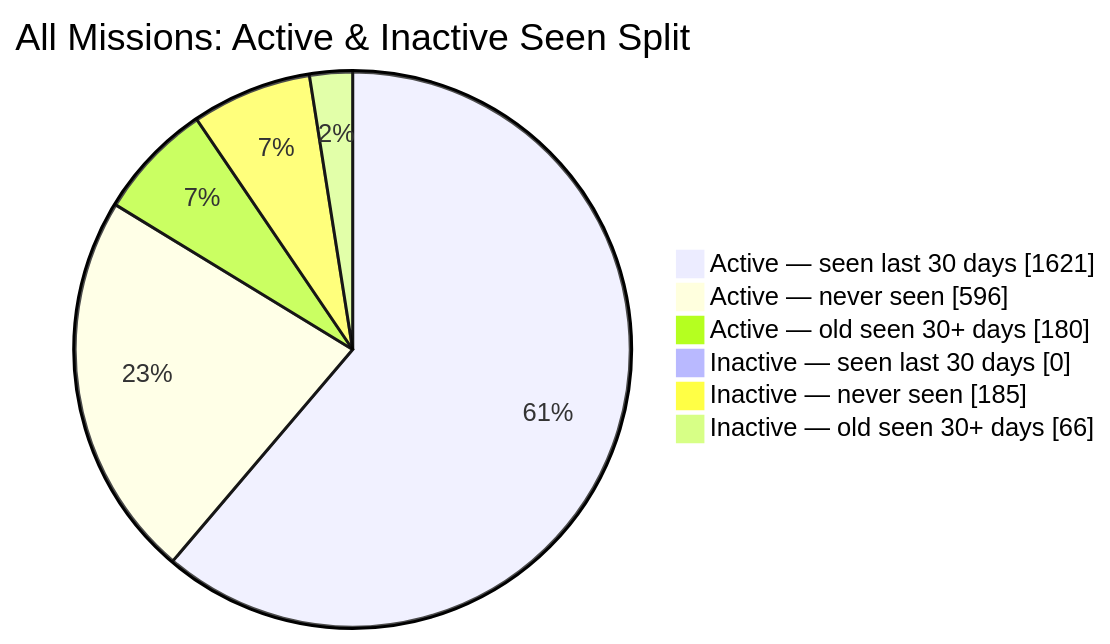
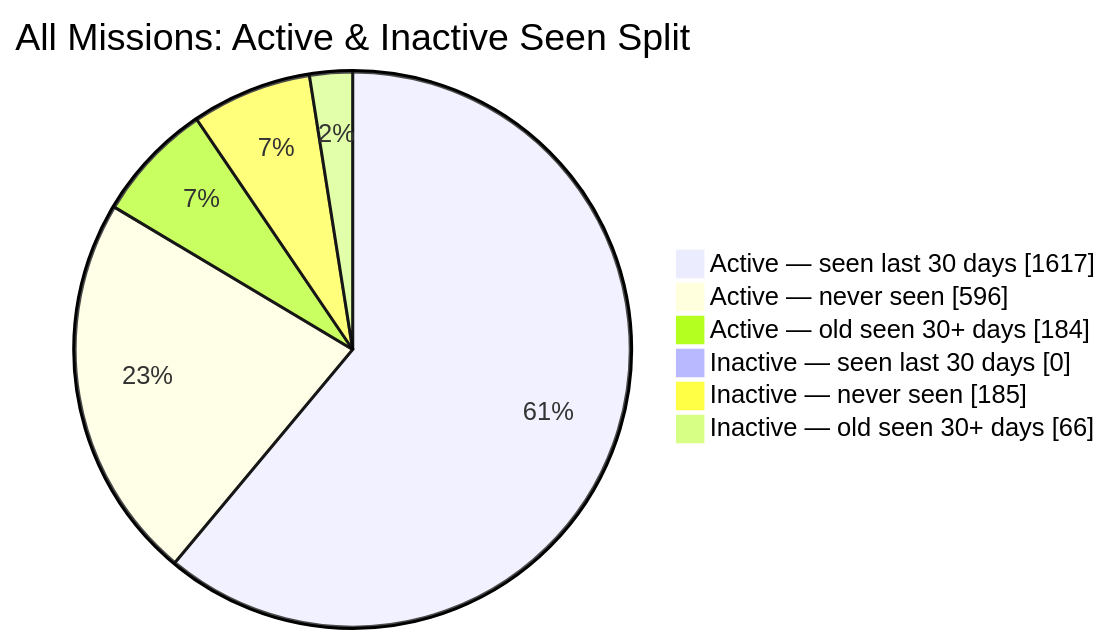
One commit to MeldkamerspelGameTeam/active-missions changed the second of 2 diagrams in README.md. Above: the diagram before and after it, drawn with Mermaid. The commit also changed other lines of this file and 3 other files, not shown here.

````diff
--- a/README.md
+++ b/README.md
@@ -44,10 +44,10 @@
 ```mermaid
 pie showData
     title All Missions: Active & Inactive Seen Split
-    "Active — seen last 30 days" : 1621
+    "Active — seen last 30 days" : 1617
     "Active — never seen" : 596
-    "Active — old seen 30+ days" : 180
+    "Active — old seen 30+ days" : 184
     "Inactive — seen last 30 days" : 0
     "Inactive — never seen" : 185
     "Inactive — old seen 30+ days" : 66
 ```
````
